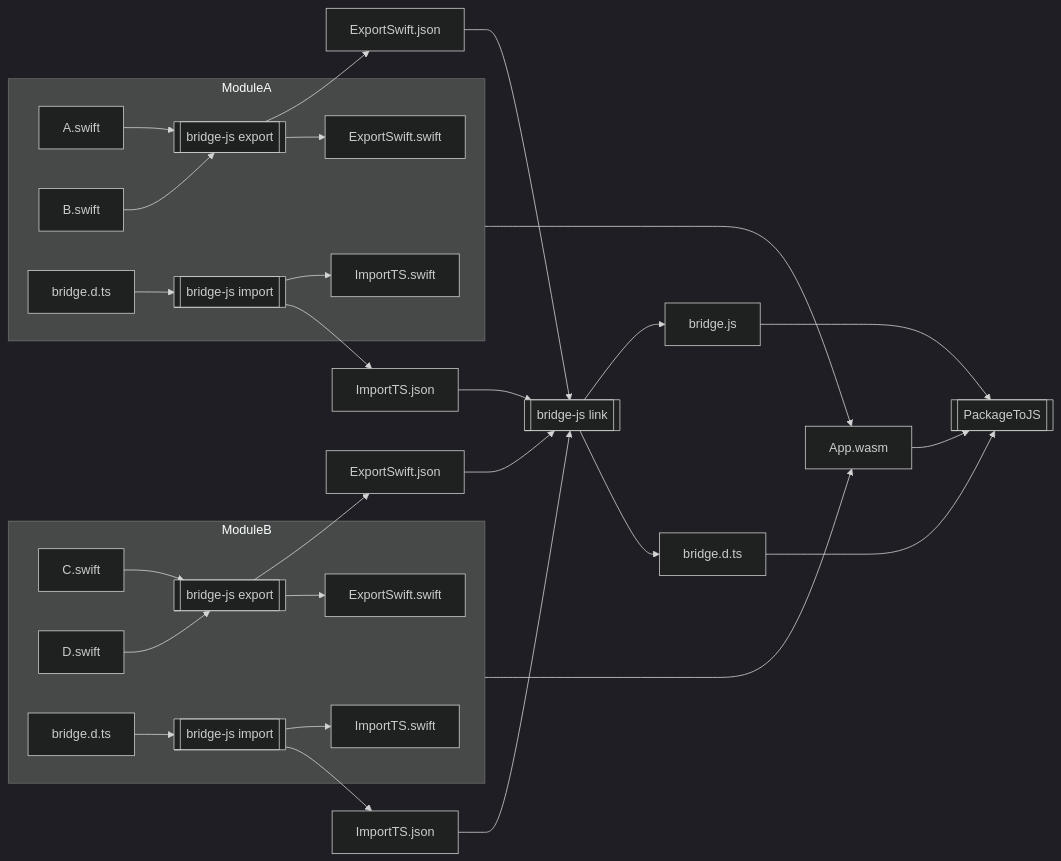
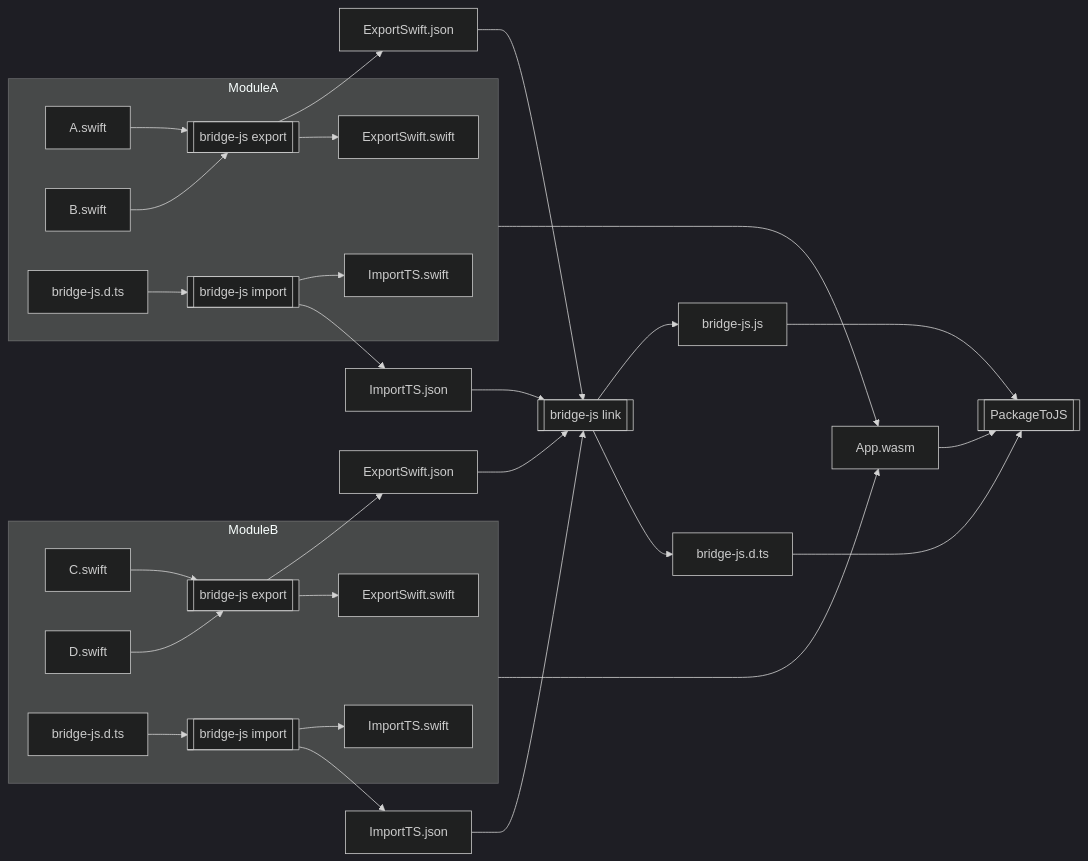
Before and after one commit to swiftwasm/JavaScriptKit: the diagram in Plugins/BridgeJS/README.md, drawn with Mermaid (dark theme). The commit also changed 19 other files, not shown here.

````diff
--- a/Plugins/BridgeJS/README.md
+++ b/Plugins/BridgeJS/README.md
@@ -18,36 +18,36 @@
 ```mermaid
 graph LR
     E1 --> G3[ExportSwift.json]
     subgraph ModuleA
         A.swift --> E1[[bridge-js export]]
         B.swift --> E1
         E1 --> G1[ExportSwift.swift]
-        B1[bridge.d.ts]-->I1[[bridge-js import]]
+        B1[bridge-js.d.ts]-->I1[[bridge-js import]]
         I1 --> G2[ImportTS.swift]
     end
     I1 --> G4[ImportTS.json]
 
     E2 --> G7[ExportSwift.json]
     subgraph ModuleB
         C.swift --> E2[[bridge-js export]]
         D.swift --> E2
         E2 --> G5[ExportSwift.swift]
-        B2[bridge.d.ts]-->I2[[bridge-js import]]
+        B2[bridge-js.d.ts]-->I2[[bridge-js import]]
         I2 --> G6[ImportTS.swift]
     end
     I2 --> G8[ImportTS.json]
 
     G3 --> L1[[bridge-js link]]
     G4 --> L1
     G7 --> L1
     G8 --> L1
 
-    L1 --> F1[bridge.js]
-    L1 --> F2[bridge.d.ts]
+    L1 --> F1[bridge-js.js]
+    L1 --> F2[bridge-js.d.ts]
     ModuleA -----> App[App.wasm]
     ModuleB -----> App
 
     App --> PKG[[PackageToJS]]
     F1 --> PKG
     F2 --> PKG
 ```
````
